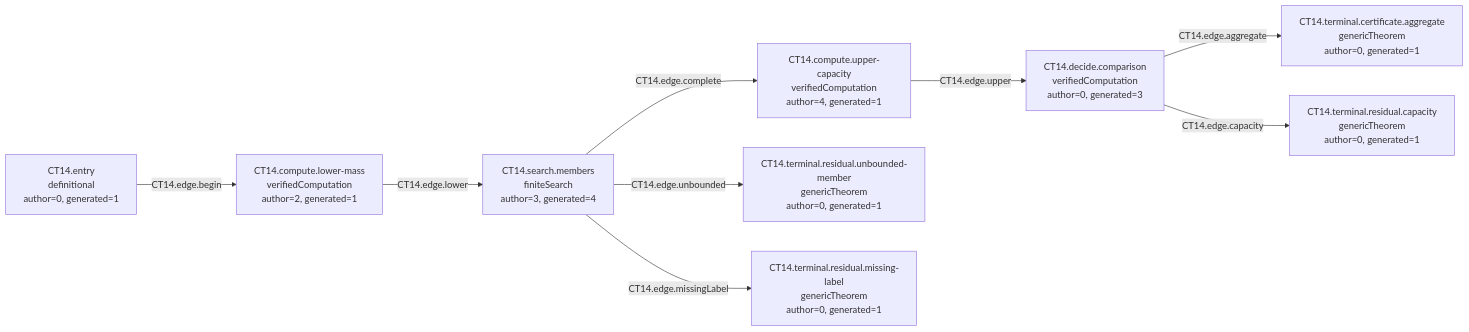
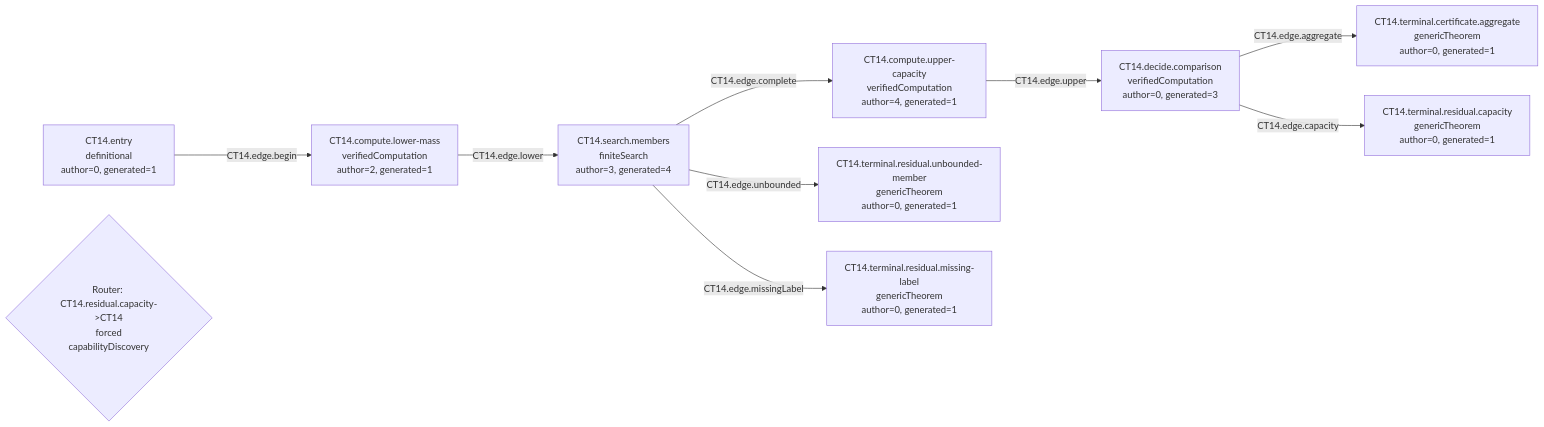
The diagram in generated/mermaid/CT14.mmd (Guillemdb/structural_exhaustion), drawn with Mermaid before and after one commit. The commit also changed 401 other files, not shown here.

```diff
--- a/generated/mermaid/CT14.mmd
+++ b/generated/mermaid/CT14.mmd
@@ -1,18 +1,19 @@
 flowchart LR
   N1["CT14.entry<br/>definitional<br/>author=0, generated=1"]
   N2["CT14.compute.lower-mass<br/>verifiedComputation<br/>author=2, generated=1"]
   N3["CT14.search.members<br/>finiteSearch<br/>author=3, generated=4"]
   N4["CT14.compute.upper-capacity<br/>verifiedComputation<br/>author=4, generated=1"]
   N5["CT14.decide.comparison<br/>verifiedComputation<br/>author=0, generated=3"]
   N6["CT14.terminal.residual.unbounded-member<br/>genericTheorem<br/>author=0, generated=1"]
   N7["CT14.terminal.residual.missing-label<br/>genericTheorem<br/>author=0, generated=1"]
   N8["CT14.terminal.certificate.aggregate<br/>genericTheorem<br/>author=0, generated=1"]
   N9["CT14.terminal.residual.capacity<br/>genericTheorem<br/>author=0, generated=1"]
   N1 -->|CT14.edge.begin| N2
   N2 -->|CT14.edge.lower| N3
   N3 -->|CT14.edge.unbounded| N6
   N3 -->|CT14.edge.missingLabel| N7
   N3 -->|CT14.edge.complete| N4
   N4 -->|CT14.edge.upper| N5
   N5 -->|CT14.edge.aggregate| N8
   N5 -->|CT14.edge.capacity| N9
+  R1{"Router: CT14.residual.capacity->CT14<br/>forced<br/>capabilityDiscovery"}
```
